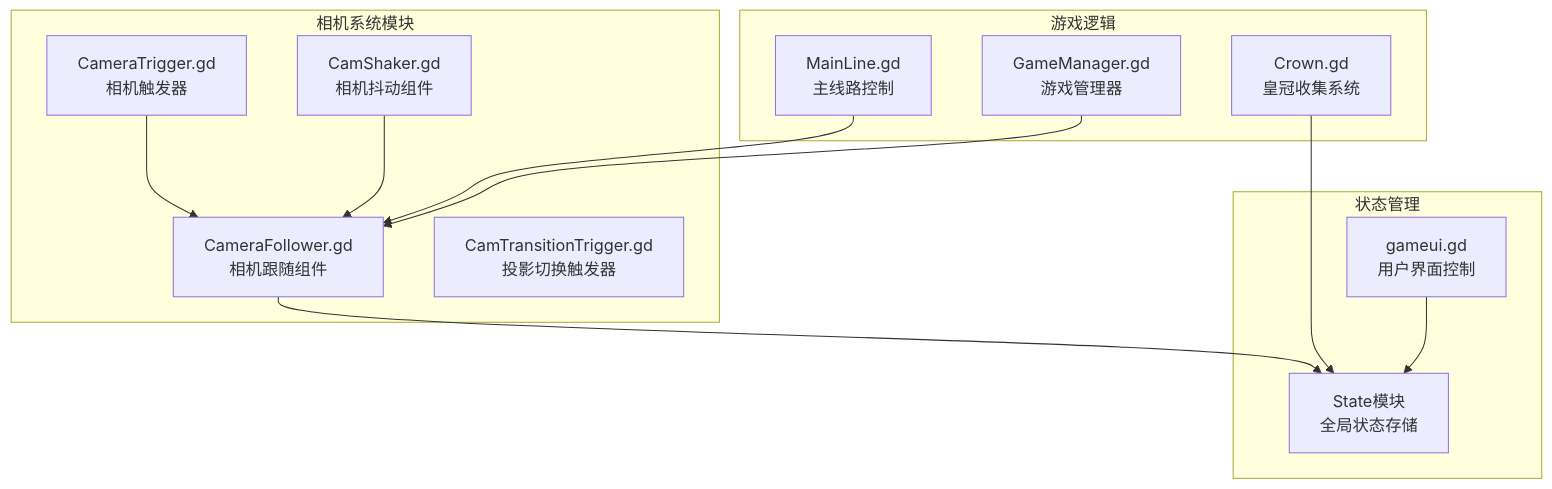
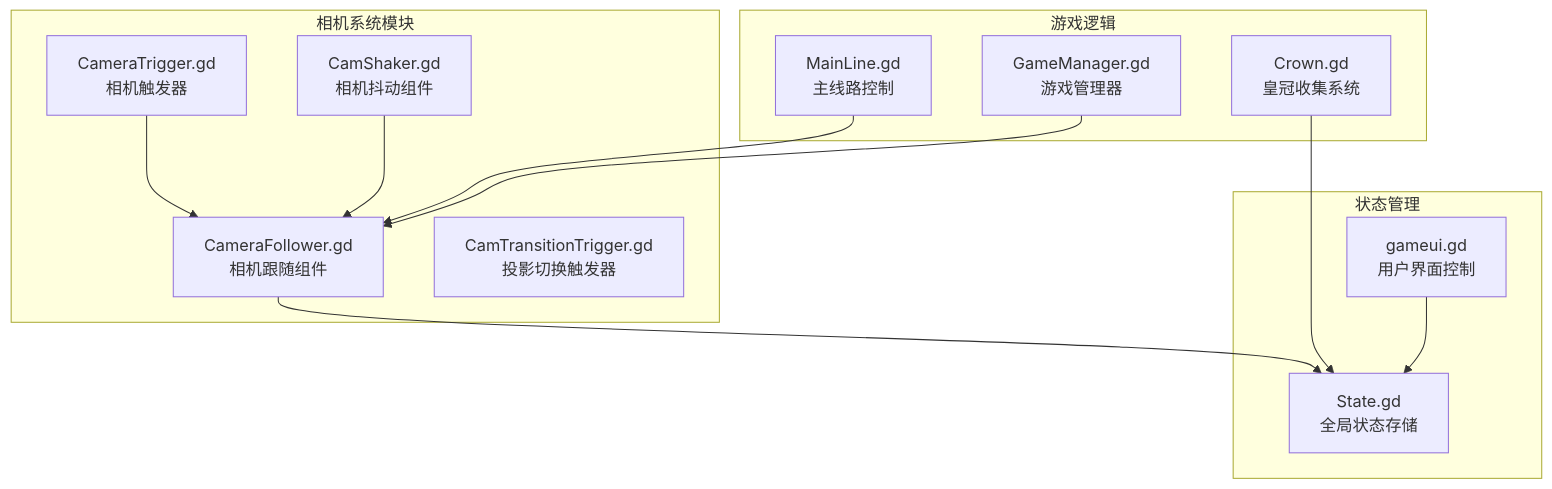
One commit to godotline/godot-line changed the first of 12 diagrams in .qoder/repowiki/zh/content/API参考/相机系统API.md. Above: the diagram before and after it, drawn with Mermaid. The commit also changed other lines of this file and 7 other files, not shown here.

````diff
--- a/.qoder/repowiki/zh/content/API参考/相机系统API.md
+++ b/.qoder/repowiki/zh/content/API参考/相机系统API.md
@@ -38,25 +47,25 @@
 ```mermaid
 graph TB
 subgraph "相机系统模块"
 CF[CameraFollower.gd<br/>相机跟随组件]
 CS[CamShaker.gd<br/>相机抖动组件]
 CT[CameraTrigger.gd<br/>相机触发器]
 CTT[CamTransitionTrigger.gd<br/>投影切换触发器]
 end
 subgraph "状态管理"
-ST[State模块<br/>全局状态存储]
+ST[State.gd<br/>全局状态存储]
 UI[gameui.gd<br/>用户界面控制]
 end
 subgraph "游戏逻辑"
 ML[MainLine.gd<br/>主线路控制]
 CG[Crown.gd<br/>皇冠收集系统]
 GM[GameManager.gd<br/>游戏管理器]
 end
 CF --> ST
 CT --> CF
 CS --> CF
 CG --> ST
 UI --> ST
 ML --> CF
 GM --> CF
 ```
````
